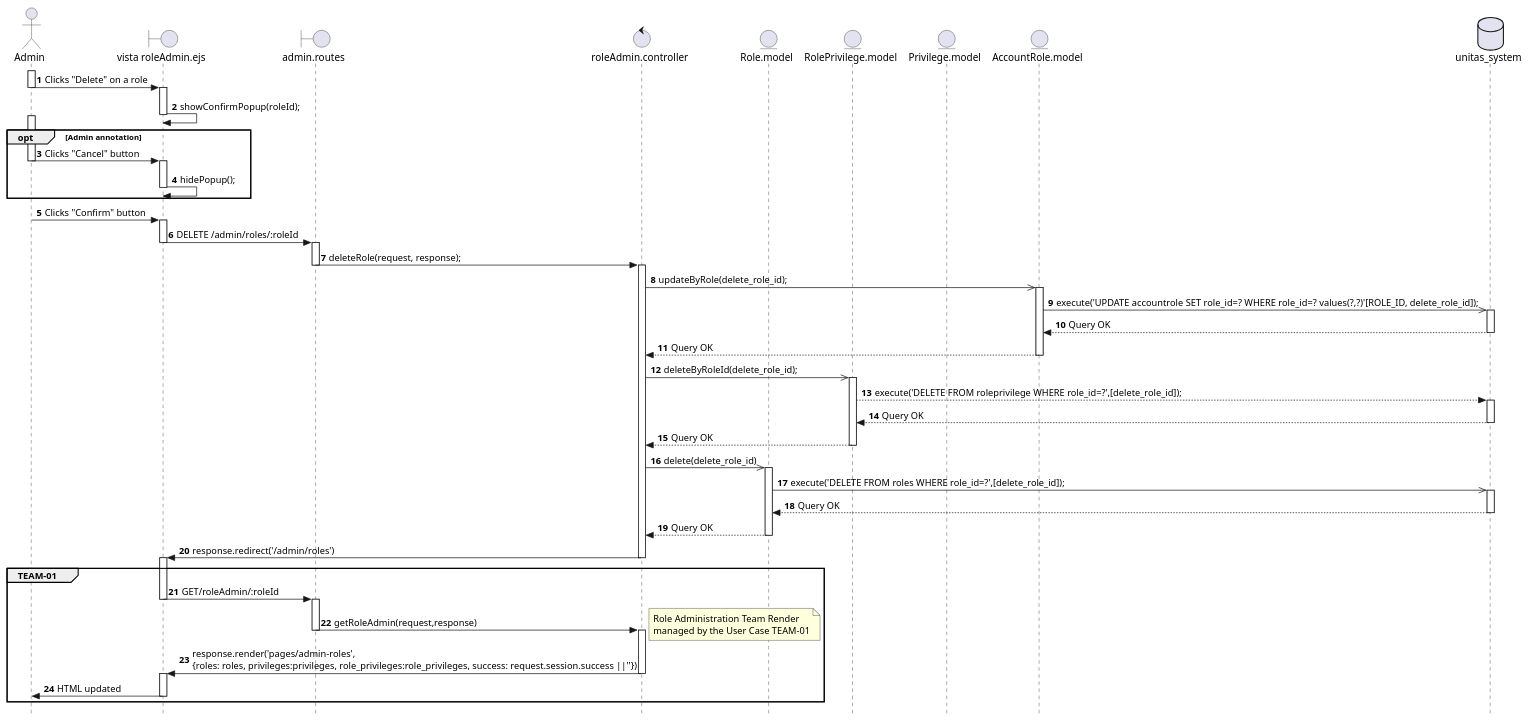
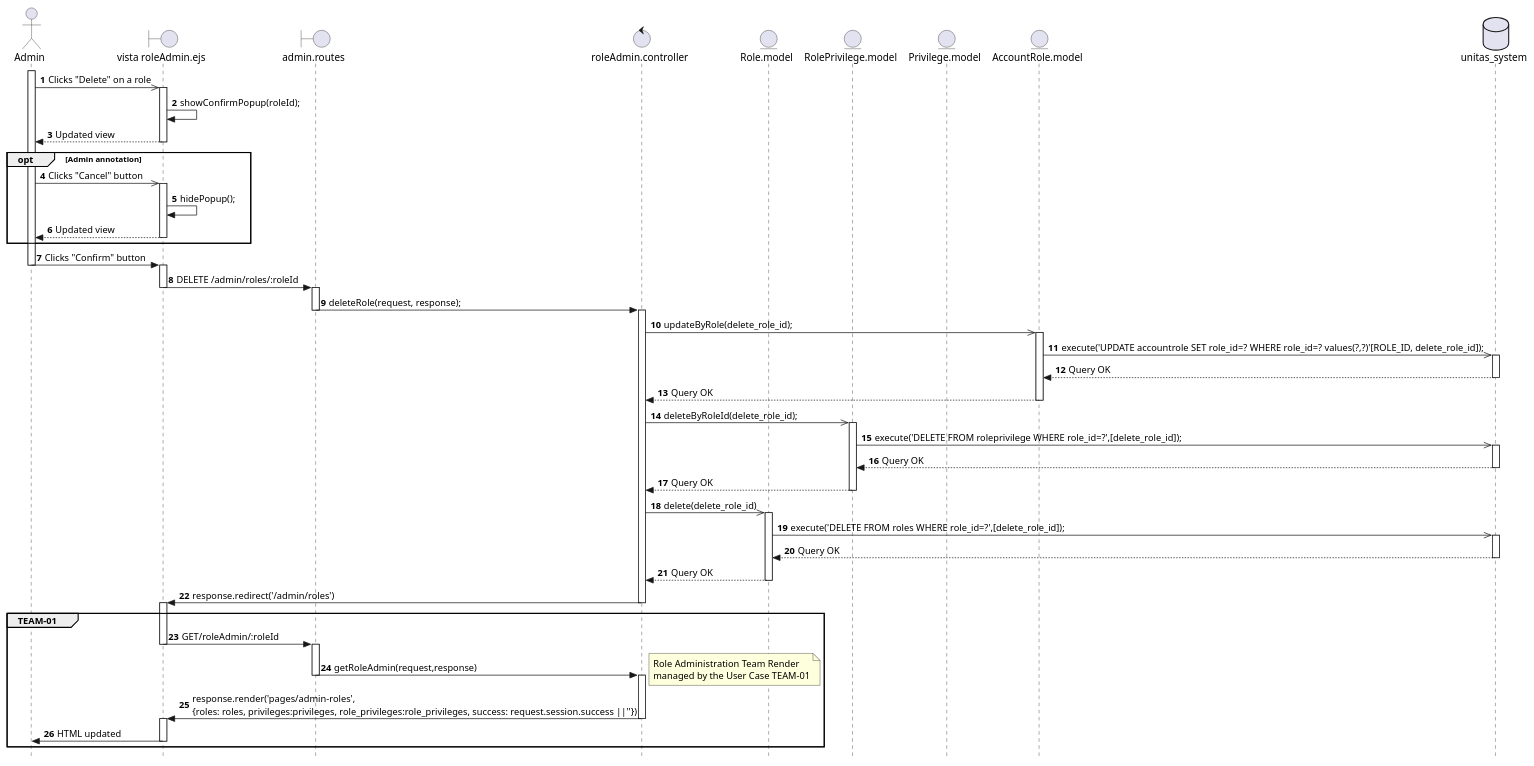
Before and after one commit to Berthou05/LimboSoftwareDevelopment_Change.org: the diagram in documentation/sequence_diagrams/ADMIN-03-SD.puml, drawn with PlantUML. The commit also changed 17 other files, not shown here.

Commit message:
[DOCS]: Update of the Sequence Diagrams ADMIN-02, 03, 04, AUTH-01, EMP-01, EMP-05, HS-01, PROJ-02, 03, 07, 09, 10, 11, 13, TEAM-03, 05, 06

```diff
--- a/documentation/sequence_diagrams/ADMIN-03-SD.puml
+++ b/documentation/sequence_diagrams/ADMIN-03-SD.puml
@@ -1,91 +1,89 @@
 @startuml
 skinparam style strictuml
 
 actor Admin as A   
 boundary "vista roleAdmin.ejs" as V
 boundary "admin.routes" as RO
 control "roleAdmin.controller" as C
 entity "Role.model" as R
 entity "RolePrivilege.model" as RP
 entity "Privilege.model" as P
 entity "AccountRole.model" as AR
 database "unitas_system" as BD
 autonumber
 
 activate A
-A->V:Clicks "Delete" on a role
-deactivate A
+A->>V:Clicks "Delete" on a role
     activate V
     V->V:showConfirmPopup(roleId);
+    V-->A:Updated view
     deactivate V
 
-activate A
 opt Admin annotation
-A->V:Clicks "Cancel" button
-deactivate A
+A->>V:Clicks "Cancel" button
     activate V
     V->V:hidePopup();
+    V-->A:Updated view
     deactivate V
 end
-activate A
 
 A->V:Clicks "Confirm" button
 deactivate A
     activate V
     V->RO: DELETE /admin/roles/:roleId
     deactivate V
         activate RO
         RO->C:deleteRole(request, response);
         deactivate RO
             activate C
                 C->>AR:updateByRole(delete_role_id);
                 activate AR    
                     AR->>BD:execute('UPDATE accountrole SET role_id=? WHERE role_id=? values(?,?)'[ROLE_ID, delete_role_id]);
                     activate BD
                     BD-->AR:Query OK
                     deactivate BD
                 AR-->C:Query OK
                 deactivate AR
 
                 C->>RP:deleteByRoleId(delete_role_id);
                     activate RP
-                    RP-->BD:execute('DELETE FROM roleprivilege WHERE role_id=?',[delete_role_id]);
+                    RP->>BD:execute('DELETE FROM roleprivilege WHERE role_id=?',[delete_role_id]);
                         activate BD
                         BD-->RP:Query OK
                         deactivate BD
                     RP-->C:Query OK
                     deactivate RP
 
                 C ->> R:delete(delete_role_id)
                     activate R
                     R->>BD:execute('DELETE FROM roles WHERE role_id=?',[delete_role_id]);
                         activate BD
                         BD-->R:Query OK
                         deactivate BD
                     R-->C:Query OK
                     deactivate R
                 C->V:response.redirect('/admin/roles')
                 deactivate C
             activate V
             
             group TEAM-01
             V->RO: GET/roleAdmin/:roleId
             deactivate V
                 activate RO
                 RO->C:getRoleAdmin(request,response)
                 deactivate RO
                     activate C
                     note right
                     Role Administration Team Render
                     managed by the User Case TEAM-01
                     end note
                     C->V:response.render('pages/admin-roles',\n{roles: roles, privileges:privileges, role_privileges:role_privileges, success: request.session.success ||''})
                     deactivate C
                 activate V
                 V->A: HTML updated
                 deactivate V
 
             end group
 activate A
 
 @enduml
```
